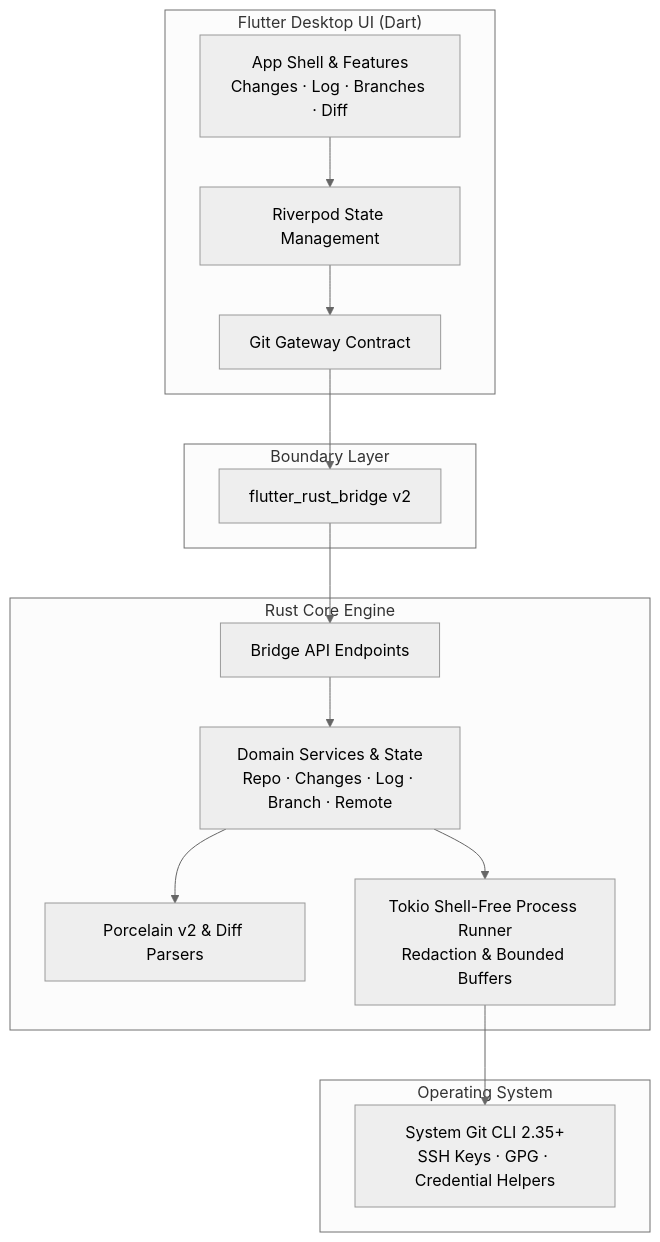
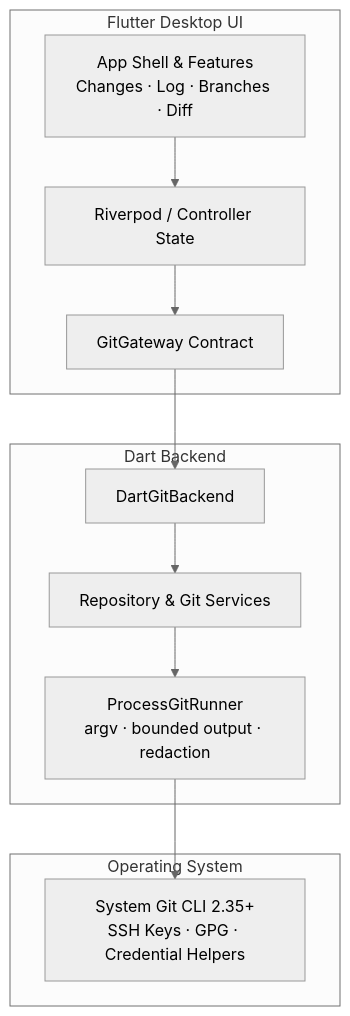
One commit to kimmandoo/gift changed the diagram in README.md. Above: the diagram before and after it, drawn with Mermaid (neutral theme). The commit also changed other lines of this file and 117 other files, not shown here.

Commit message:
breaking(architecture): migrate git backend to pure dart

````diff
--- a/README.md
+++ b/README.md
@@ -43,32 +33,25 @@
 ```mermaid
 flowchart TD
-    subgraph Flutter["Flutter Desktop UI (Dart)"]
+    subgraph Flutter["Flutter Desktop UI"]
         UI[App Shell & Features\nChanges · Log · Branches · Diff]
-        State[Riverpod State Management]
-        Gateway[Git Gateway Contract]
+        State[Riverpod / Controller State]
+        Gateway[GitGateway Contract]
     end
 
-    subgraph Bridge["Boundary Layer"]
-        FRB[flutter_rust_bridge v2]
-    end
-
-    subgraph Rust["Rust Core Engine"]
-        API[Bridge API Endpoints]
-        Service[Domain Services & State\nRepo · Changes · Log · Branch · Remote]
-        Parser[Porcelain v2 & Diff Parsers]
-        Executor[Tokio Shell-Free Process Runner\nRedaction & Bounded Buffers]
+    subgraph Dart["Dart Backend"]
+        API[DartGitBackend]
+        Service[Repository & Git Services]
+        Executor[ProcessGitRunner\nargv · bounded output · redaction]
     end
 
     subgraph System["Operating System"]
         GitCLI[System Git CLI 2.35+\nSSH Keys · GPG · Credential Helpers]
     end
 
     UI --> State
     State --> Gateway
-    Gateway --> FRB
-    FRB --> API
+    Gateway --> API
     API --> Service
-    Service --> Parser
     Service --> Executor
     Executor --> GitCLI
 ```
````
